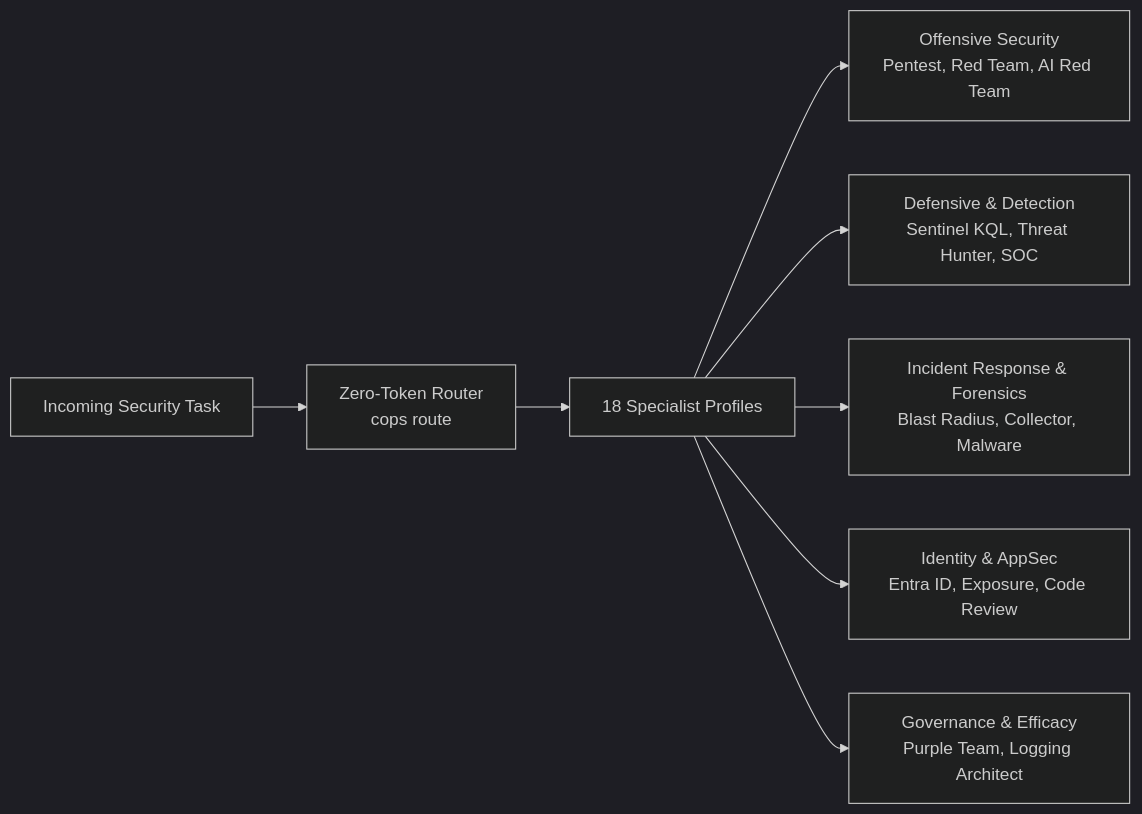
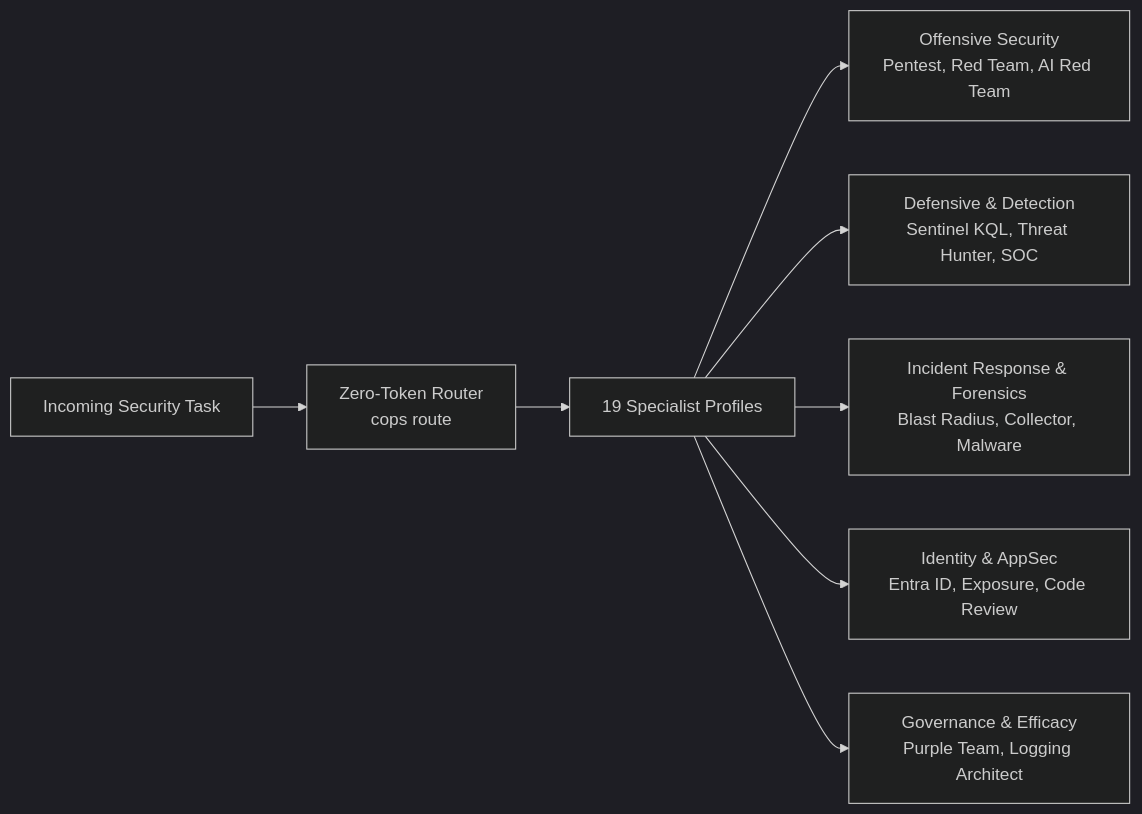
One commit to sodejm/copilot-operation-plugin-for-security changed the diagram in docs/index.md. Above: the diagram before and after it, drawn with Mermaid (dark theme). The commit also changed other lines of this file and 53 other files, not shown here.

````diff
--- a/docs/index.md
+++ b/docs/index.md
@@ -108,10 +108,10 @@
 ```mermaid
 flowchart LR
     TASK["Incoming Security Task"] --> ROUTER["Zero-Token Router<br/>cops route"]
-    ROUTER --> SPEC["18 Specialist Profiles"]
+    ROUTER --> SPEC["19 Specialist Profiles"]
     SPEC --> OFF["Offensive Security<br/>Pentest, Red Team, AI Red Team"]
     SPEC --> DEF["Defensive & Detection<br/>Sentinel KQL, Threat Hunter, SOC"]
     SPEC --> DFIR["Incident Response & Forensics<br/>Blast Radius, Collector, Malware"]
     SPEC --> IAM["Identity & AppSec<br/>Entra ID, Exposure, Code Review"]
     SPEC --> GOV["Governance & Efficacy<br/>Purple Team, Logging Architect"]
 ```
````
